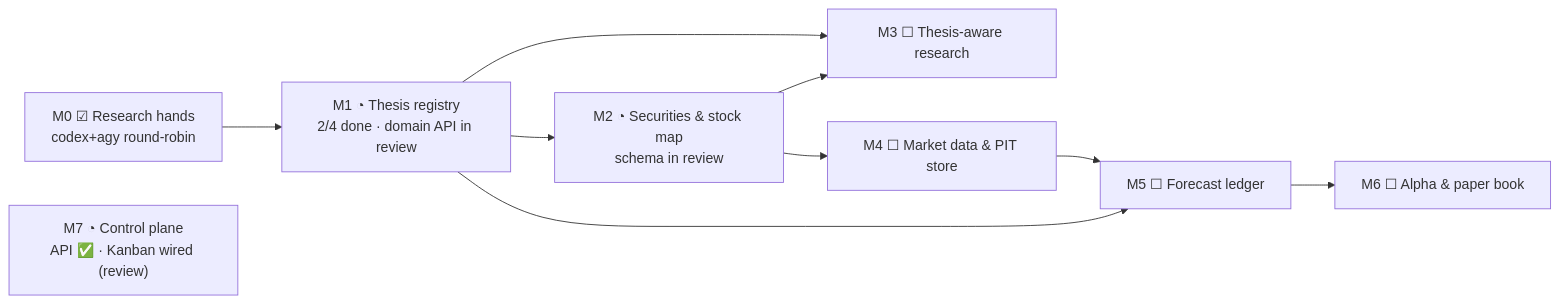
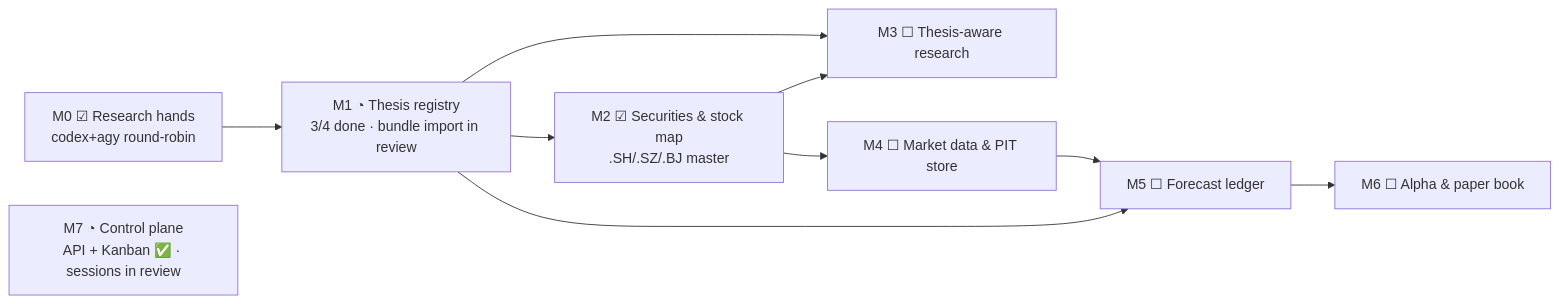
Before and after one commit to dmquant/institute-one: the first of 2 diagrams in README.md, drawn with Mermaid. The commit also changed other lines of this file and 11 other files, not shown here.

````diff
--- a/README.md
+++ b/README.md
@@ -158,15 +158,15 @@
 ```mermaid
 flowchart LR
     M0["M0 ☑ Research hands<br/>codex+agy round-robin"]
-    M1["M1 ◔ Thesis registry<br/>2/4 done · domain API in review"]
-    M2["M2 ◔ Securities & stock map<br/>schema in review"]
+    M1["M1 ◔ Thesis registry<br/>3/4 done · bundle import in review"]
+    M2["M2 ☑ Securities & stock map<br/>.SH/.SZ/.BJ master"]
     M3["M3 ☐ Thesis-aware research"]
     M4["M4 ☐ Market data & PIT store"]
     M5["M5 ☐ Forecast ledger"]
     M6["M6 ☐ Alpha & paper book"]
-    M7["M7 ◔ Control plane<br/>API ✅ · Kanban wired (review)"]
+    M7["M7 ◔ Control plane<br/>API + Kanban ✅ · sessions in review"]
     M0 --> M1 --> M2
     M1 & M2 --> M3
     M2 --> M4 --> M5 --> M6
     M1 --> M5
 ```
````
